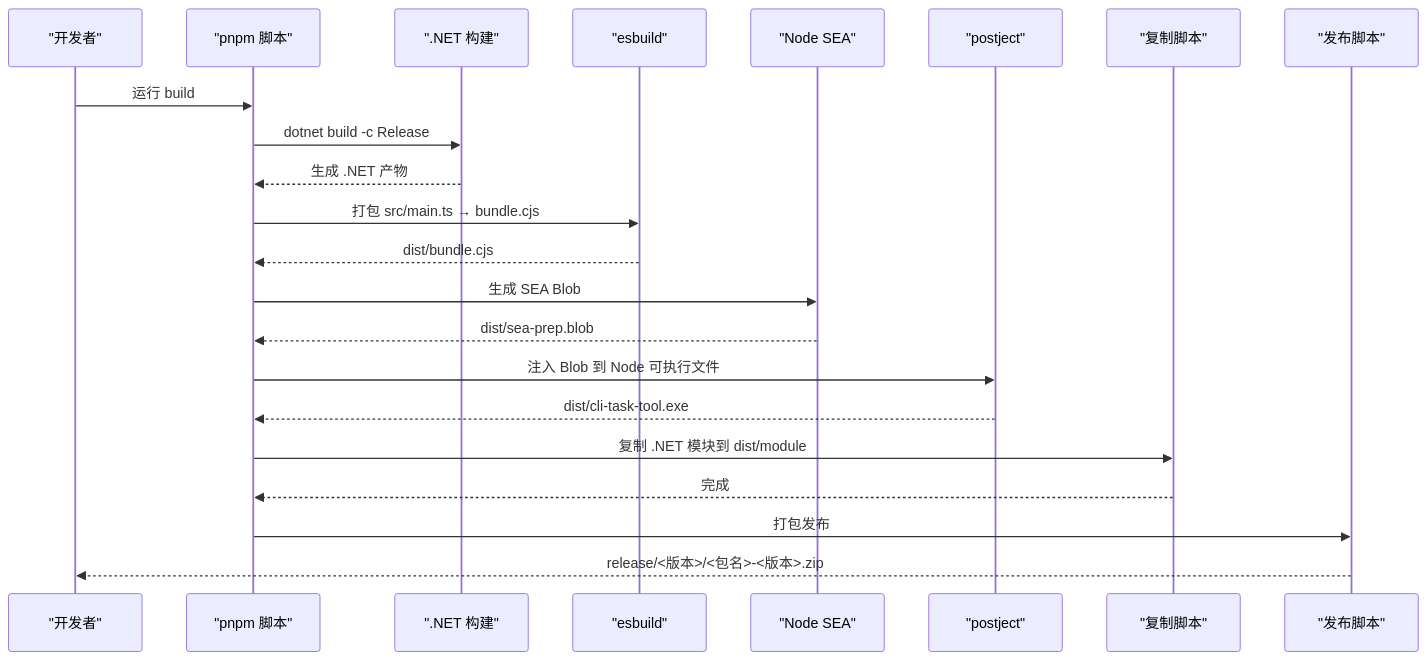
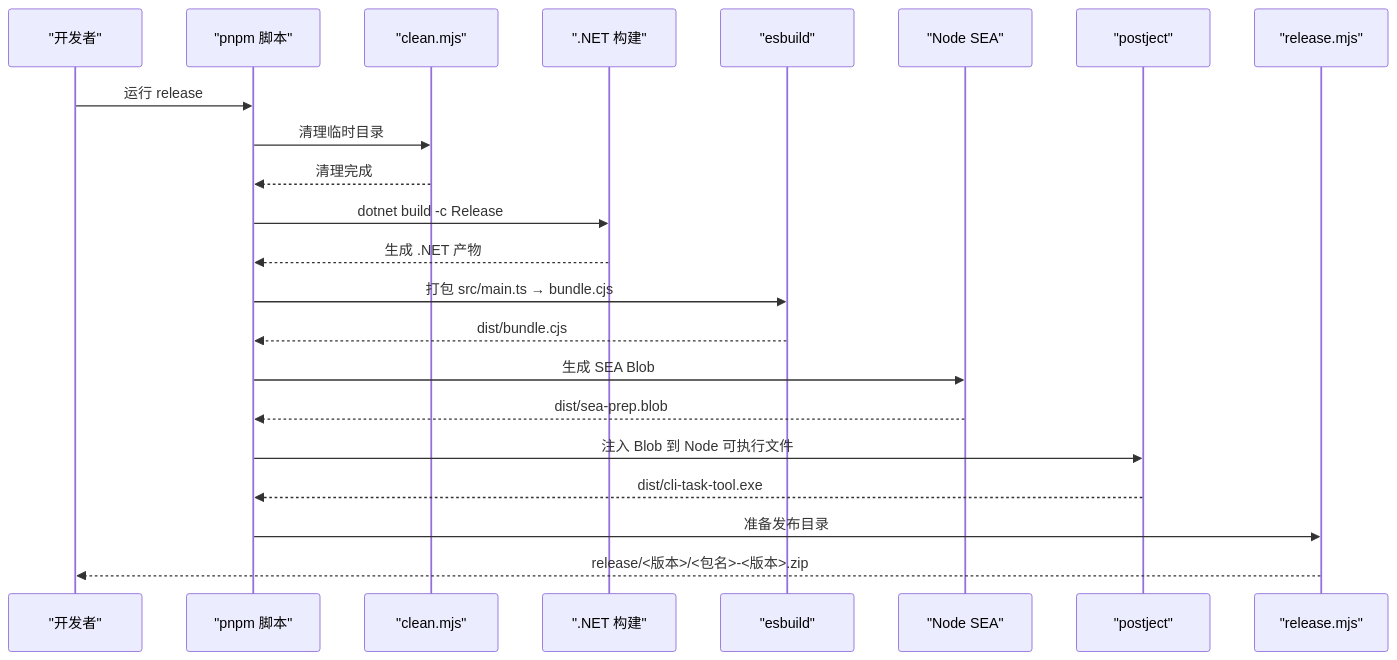
The second of 5 diagrams in .qoder/repowiki/zh/content/构建与部署.md (hllshiro/doc2md-cli), drawn with Mermaid before and after one commit. The commit also changed other lines of this file and 3 other files, not shown here.

````diff
--- a/.qoder/repowiki/zh/content/构建与部署.md
+++ b/.qoder/repowiki/zh/content/构建与部署.md
@@ -124,24 +132,24 @@
 ```mermaid
 sequenceDiagram
 participant Dev as "开发者"
 participant PNPM as "pnpm 脚本"
+participant CL as "clean.mjs"
 participant NET as ".NET 构建"
 participant ES as "esbuild"
 participant SEA as "Node SEA"
 participant PJ as "postject"
-participant CP as "复制脚本"
-participant RL as "发布脚本"
-Dev->>PNPM : 运行 build
+participant RL as "release.mjs"
+Dev->>PNPM : 运行 release
+PNPM->>CL : 清理临时目录
+CL-->>PNPM : 清理完成
 PNPM->>NET : dotnet build -c Release
 NET-->>PNPM : 生成 .NET 产物
 PNPM->>ES : 打包 src/main.ts → bundle.cjs
 ES-->>PNPM : dist/bundle.cjs
 PNPM->>SEA : 生成 SEA Blob
 SEA-->>PNPM : dist/sea-prep.blob
 PNPM->>PJ : 注入 Blob 到 Node 可执行文件
 PJ-->>PNPM : dist/cli-task-tool.exe
-PNPM->>CP : 复制 .NET 模块到 dist/module
-CP-->>PNPM : 完成
-PNPM->>RL : 打包发布
+PNPM->>RL : 准备发布目录
 RL-->>Dev : release/<版本>/<包名>-<版本>.zip
 ```
````
